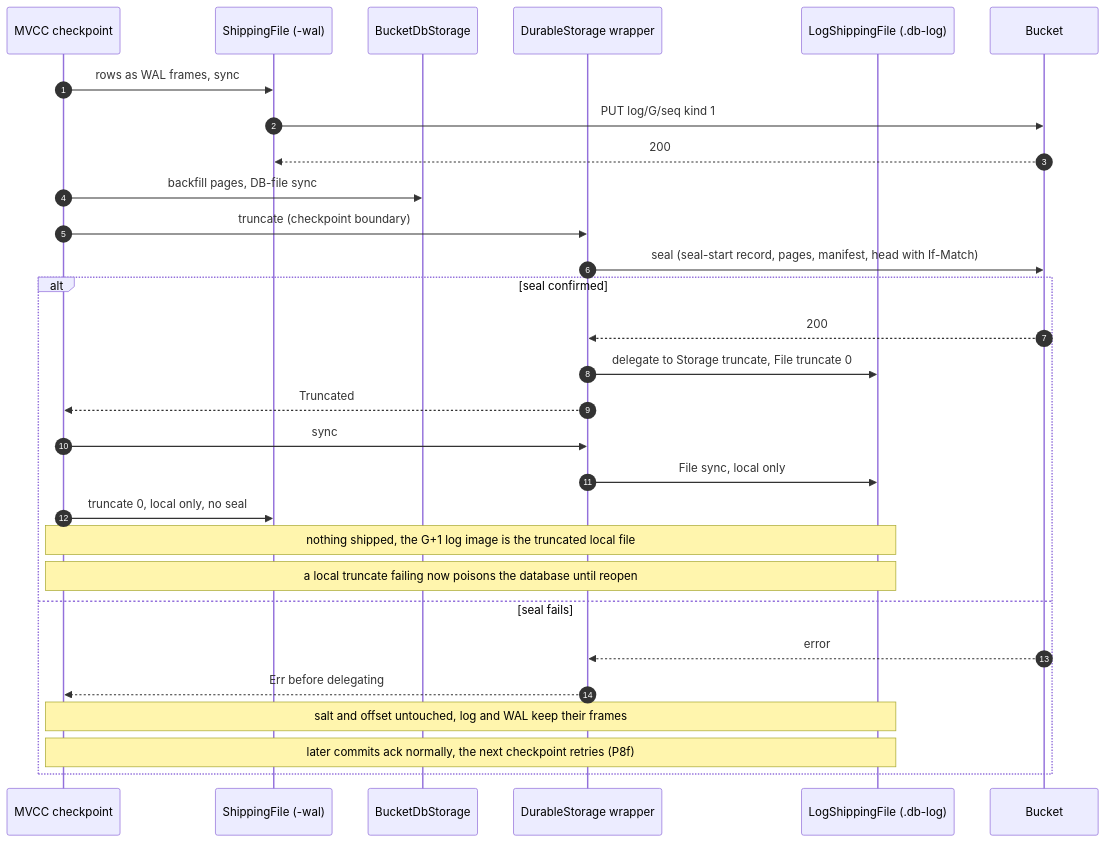
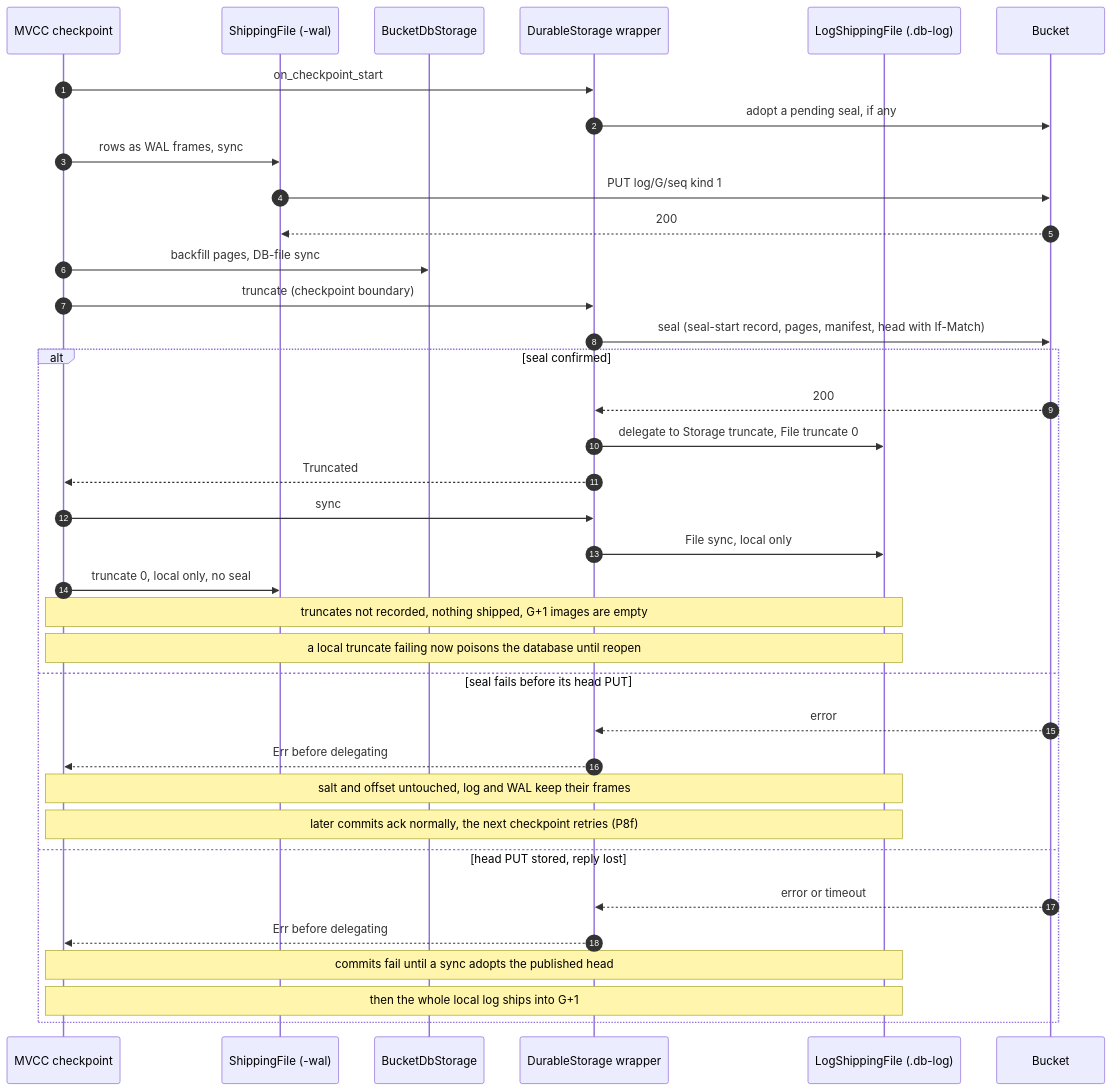
Before and after one commit to kahgeh/buckwal: the third of 3 diagrams in docs/mvcc-recon.md, drawn with Mermaid. The commit also changed other lines of this file, not shown here.

````diff
--- a/docs/mvcc-recon.md
+++ b/docs/mvcc-recon.md
@@ -493,31 +546,38 @@
 ```mermaid
 sequenceDiagram
   autonumber
   participant CK as MVCC checkpoint
   participant WAL as ShippingFile (-wal)
   participant DB as BucketDbStorage
   participant DS as DurableStorage wrapper
   participant LS as LogShippingFile (.db-log)
   participant S3 as Bucket
+  CK->>DS: on_checkpoint_start
+  DS->>S3: adopt a pending seal, if any
   CK->>WAL: rows as WAL frames, sync
   WAL->>S3: PUT log/G/seq kind 1
   S3-->>WAL: 200
   CK->>DB: backfill pages, DB-file sync
   CK->>DS: truncate (checkpoint boundary)
   DS->>S3: seal (seal-start record, pages, manifest, head with If-Match)
   alt seal confirmed
     S3-->>DS: 200
     DS->>LS: delegate to Storage truncate, File truncate 0
     DS-->>CK: Truncated
     CK->>DS: sync
     DS->>LS: File sync, local only
     CK->>WAL: truncate 0, local only, no seal
-    Note over CK,LS: nothing shipped, the G+1 log image is the truncated local file
+    Note over CK,LS: truncates not recorded, nothing shipped, G+1 images are empty
     Note over CK,LS: a local truncate failing now poisons the database until reopen
-  else seal fails
+  else seal fails before its head PUT
     S3-->>DS: error
     DS-->>CK: Err before delegating
     Note over CK,LS: salt and offset untouched, log and WAL keep their frames
     Note over CK,LS: later commits ack normally, the next checkpoint retries (P8f)
+  else head PUT stored, reply lost
+    S3-->>DS: error or timeout
+    DS-->>CK: Err before delegating
+    Note over CK,LS: commits fail until a sync adopts the published head
+    Note over CK,LS: then the whole local log ships into G+1
   end
 ```
````
